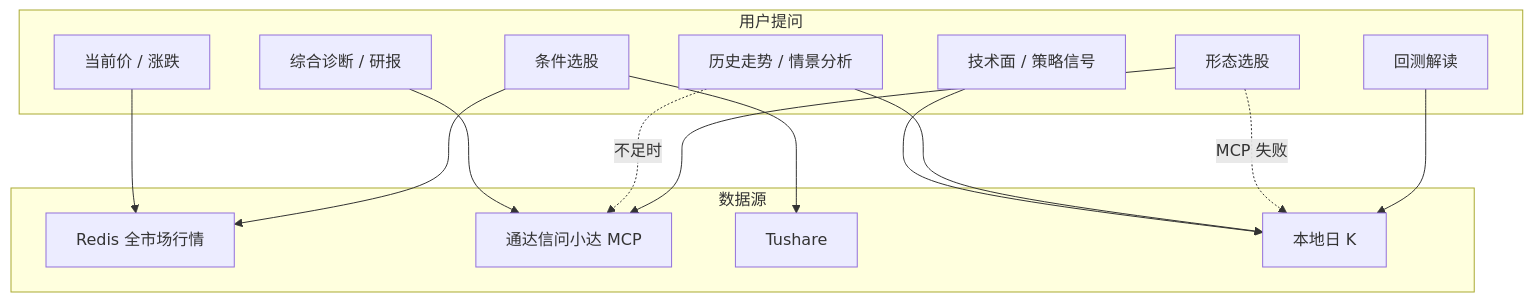
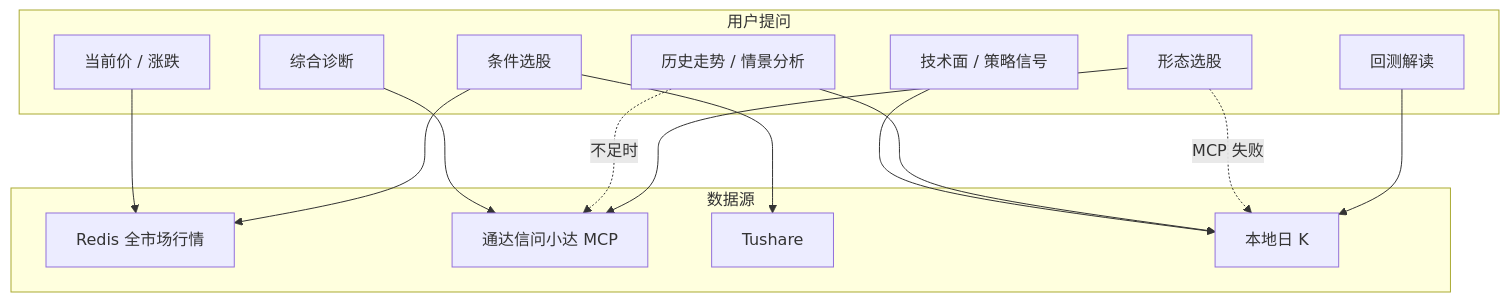
One commit to xiezg247/zak changed the diagram in docs/ai-kline-data.md. Above: the diagram before and after it, drawn with Mermaid. The commit also changed other lines of this file and 26 other files, not shown here.

````diff
--- a/docs/ai-kline-data.md
+++ b/docs/ai-kline-data.md
@@ -24,30 +24,30 @@
 ```mermaid
 flowchart TB
     subgraph User["用户提问"]
         Q1[当前价 / 涨跌]
-        Q2[综合诊断 / 研报]
+        Q2[综合诊断]
         Q3[条件选股]
         Q4[技术面 / 策略信号]
         Q5[历史走势 / 情景分析]
         Q6[形态选股]
         Q7[回测解读]
     end
 
     subgraph Sources["数据源"]
         Redis[Redis 全市场行情]
         MCP[通达信问小达 MCP]
         Tushare[Tushare]
         LocalK[本地日 K]
     end
 
     Q1 --> Redis
     Q2 --> MCP
     Q3 --> Redis
     Q3 --> Tushare
     Q4 --> LocalK
     Q5 --> LocalK
     Q5 -.->|不足时| MCP
     Q6 --> MCP
     Q6 -.->|MCP 失败| LocalK
     Q7 --> LocalK
 ```
````
